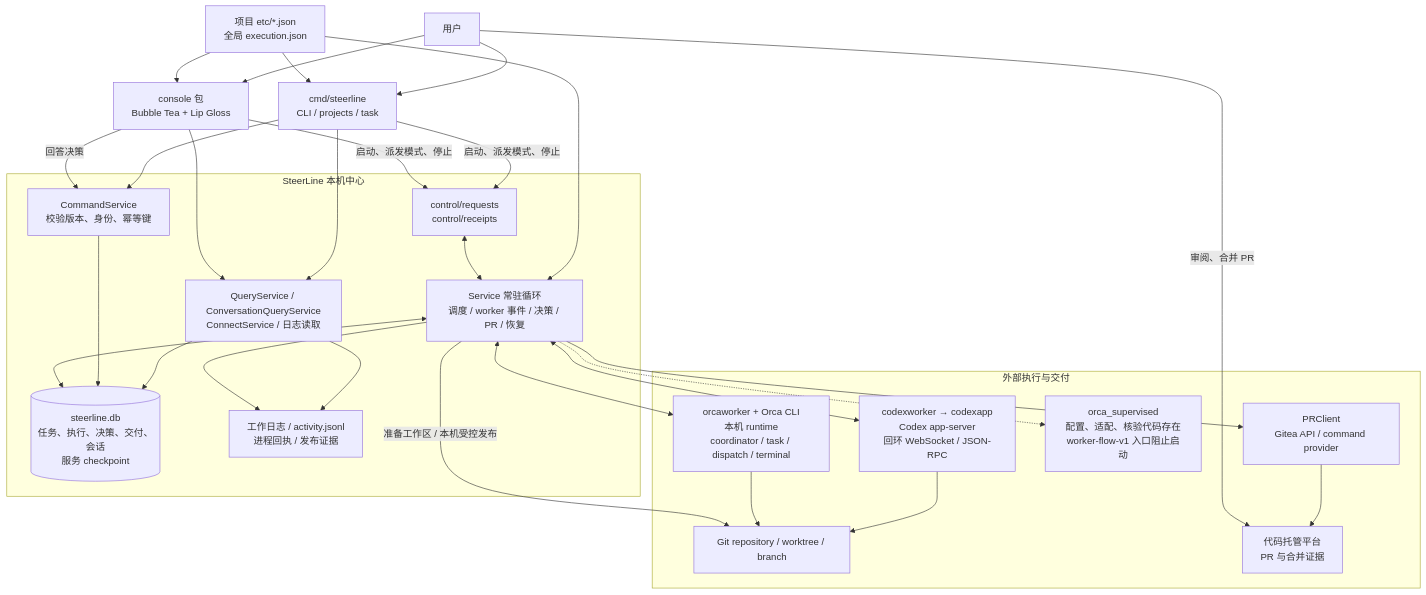
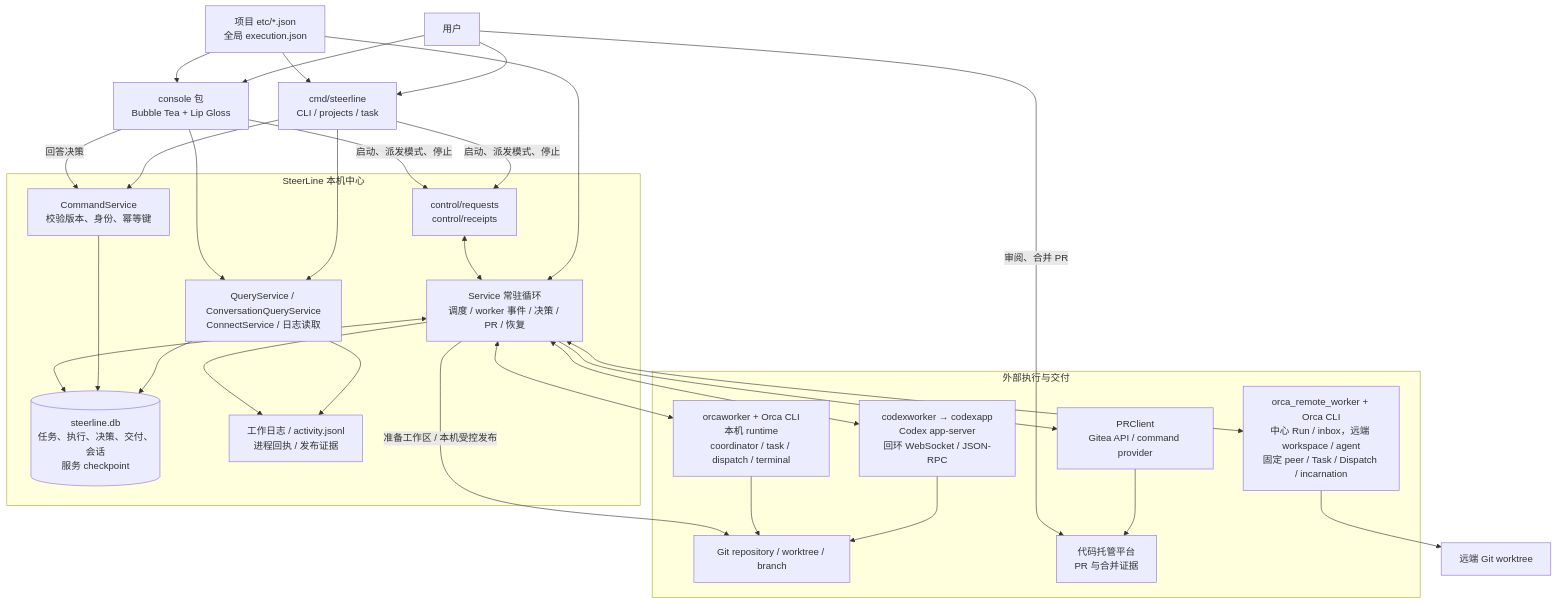
Before and after one commit to erranliu/SteerLine: the first of 7 diagrams in docs/architecture/current-code-architecture.md, drawn with Mermaid. The commit also changed other lines of this file and 41 other files, not shown here.

Commit message:
feat: add independent remote Orca worker lifecycle

````diff
--- a/docs/architecture/current-code-architecture.md
+++ b/docs/architecture/current-code-architecture.md
@@ -11,48 +11,49 @@
 ```mermaid
 flowchart TB
     Human["用户"] --> CLI["cmd/steerline<br/>CLI / projects / task"]
     Human --> TUI["console 包<br/>Bubble Tea + Lip Gloss"]
     Config["项目 etc/*.json<br/>全局 execution.json"] --> CLI
     Config --> TUI
     Config --> Service
 
     subgraph Center["SteerLine 本机中心"]
         Query["QueryService / ConversationQueryService<br/>ConnectService / 日志读取"]
         Command["CommandService<br/>校验版本、身份、幂等键"]
         Inbox["control/requests<br/>control/receipts"]
         Service["Service 常驻循环<br/>调度 / worker 事件 / 决策 / PR / 恢复"]
         DB[("steerline.db<br/>任务、执行、决策、交付、会话<br/>服务 checkpoint")]
         Journal["工作日志 / activity.jsonl<br/>进程回执 / 发布证据"]
     end
 
     CLI --> Query
     TUI --> Query
     Query --> DB
     Query --> Journal
     CLI --> Command
     TUI -->|回答决策| Command
     Command --> DB
     CLI -->|启动、派发模式、停止| Inbox
     TUI -->|启动、派发模式、停止| Inbox
     Inbox <--> Service
     Service <--> DB
     Service --> Journal
 
     subgraph Execution["外部执行与交付"]
         Local["codexworker → codexapp<br/>Codex app-server<br/>回环 WebSocket / JSON-RPC"]
         Orca["orcaworker + Orca CLI<br/>本机 runtime<br/>coordinator / task / dispatch / terminal"]
-        Remote["orca_supervised<br/>配置、适配、核验代码存在<br/>worker-flow-v1 入口阻止启动"]
+        Remote["orca_remote_worker + Orca CLI<br/>中心 Run / inbox，远端 workspace / agent<br/>固定 peer / Task / Dispatch / incarnation"]
         Git["Git repository / worktree / branch"]
         PR["PRClient<br/>Gitea API / command provider"]
         Provider["代码托管平台<br/>PR 与合并证据"]
     end
     Service <--> Local
     Service <--> Orca
-    Service -.-> Remote
+    Service <--> Remote
     Local --> Git
     Orca --> Git
+    Remote --> RemoteGit["远端 Git worktree"]
     Service -->|准备工作区 / 本机受控发布| Git
     Service --> PR
     PR --> Provider
     Human -->|审阅、合并 PR| Provider
 ```
````
